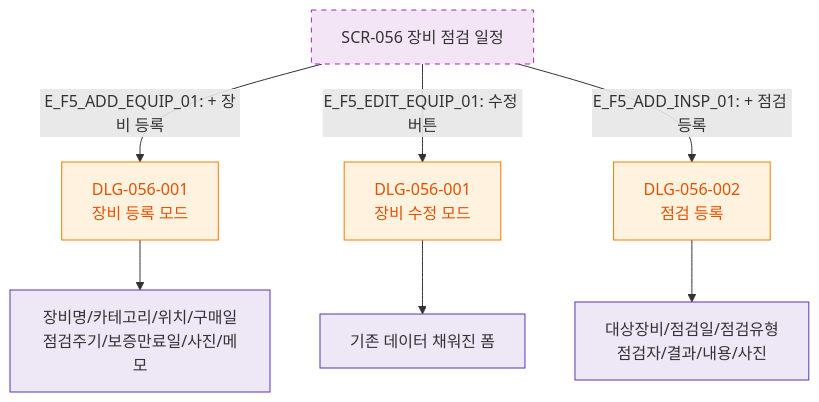
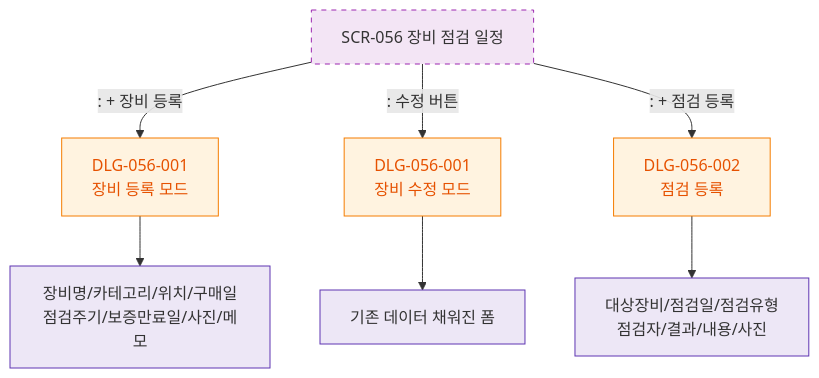
One commit to dev-spogym/admin-pando changed the diagram in docs/다이어그램/D06_시설관리/SCR-056_장비점검일정/F5_모달트리거.md. Above: the diagram before and after it, drawn with Mermaid. The commit also changed other lines of this file and 1660 other files, not shown here.

First line of the commit message:
다이어그램: 기획자/클라이언트 납품본으로 정리

````diff
--- a/docs/다이어그램/D06_시설관리/SCR-056_장비점검일정/F5_모달트리거.md
+++ b/docs/다이어그램/D06_시설관리/SCR-056_장비점검일정/F5_모달트리거.md
@@ -16,19 +14,19 @@
 ```mermaid
 flowchart TD
     SCR_056[SCR-056 장비 점검 일정]
 
-    SCR_056 -->|"E_F5_ADD_EQUIP_01: + 장비 등록"| DLG001_new[DLG-056-001\n장비 등록 모드]
-    SCR_056 -->|"E_F5_EDIT_EQUIP_01: 수정 버튼"| DLG001_edit[DLG-056-001\n장비 수정 모드]
-    SCR_056 -->|"E_F5_ADD_INSP_01: + 점검 등록"| DLG002[DLG-056-002\n점검 등록]
+    SCR_056 -->|": + 장비 등록"|DLG001_new[DLG-056-001\n장비 등록 모드]
+    SCR_056 -->|": 수정 버튼"|DLG001_edit[DLG-056-001\n장비 수정 모드]
+    SCR_056 -->|": + 점검 등록"|DLG002[DLG-056-002\n점검 등록]
 
     DLG001_new --> Fields_equip[장비명/카테고리/위치/구매일\n점검주기/보증만료일/사진/메모]
     DLG001_edit --> Fields_edit[기존 데이터 채워진 폼]
     DLG002 --> Fields_insp[대상장비/점검일/점검유형\n점검자/결과/내용/사진]
 
     classDef newFeature fill:#F3E5F5,stroke:#9C27B0,stroke-dasharray:5 5
     classDef modal fill:#FFF3E0,stroke:#F57C00,color:#E65100
     classDef system fill:#EDE7F6,stroke:#5E35B2
     class SCR_056 newFeature
     class DLG001_new,DLG001_edit,DLG002 modal
     class Fields_equip,Fields_edit,Fields_insp system
 ```
````
